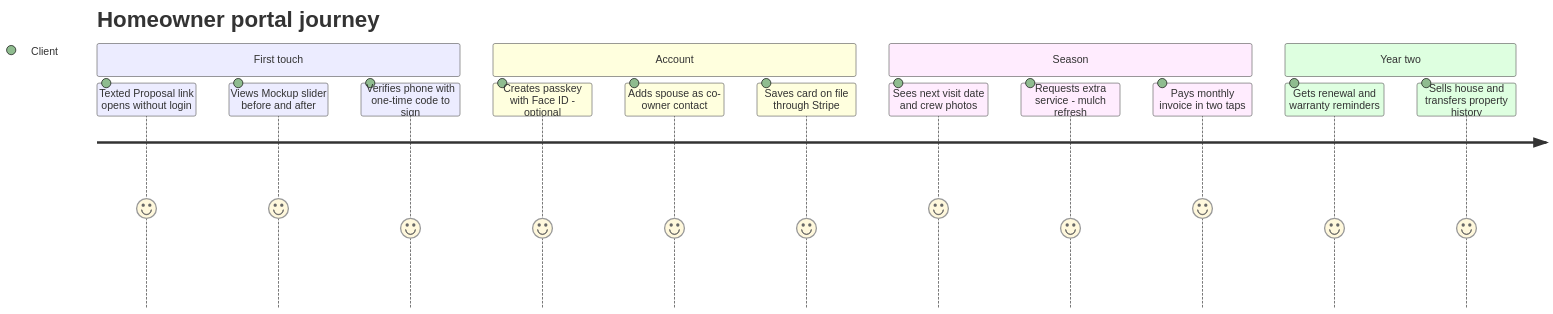
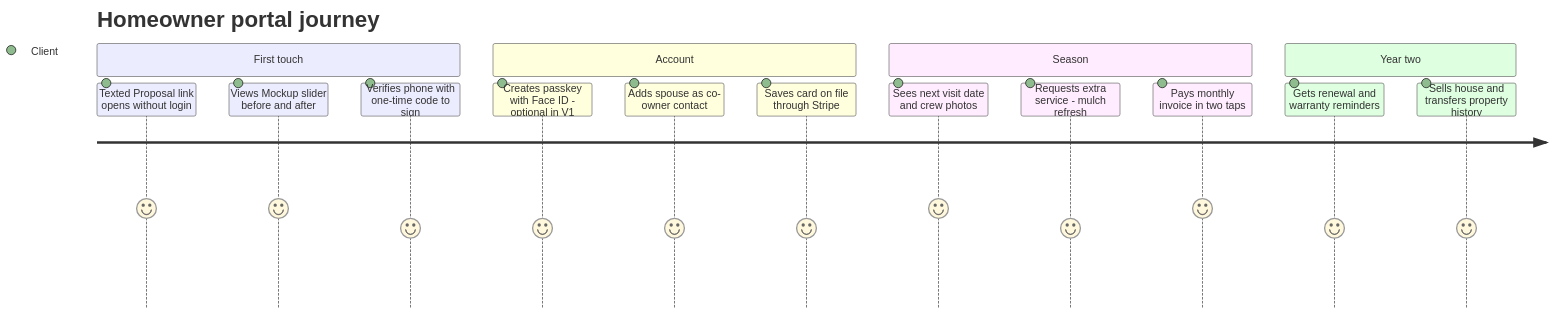
One commit to jdinard/landscape changed the seventh of 21 diagrams in docs/02-personas-roles-permissions.md. Above: the diagram before and after it, drawn with Mermaid. The commit also changed other lines of this file and 14 other files, not shown here.

````diff
--- a/docs/02-personas-roles-permissions.md
+++ b/docs/02-personas-roles-permissions.md
@@ -609,19 +609,19 @@
 ```mermaid
 journey
     title Homeowner portal journey
     section First touch
       Texted Proposal link opens without login: 5: Client
       Views Mockup slider before and after: 5: Client
       Verifies phone with one-time code to sign: 4: Client
     section Account
-      Creates passkey with Face ID - optional: 4: Client
+      Creates passkey with Face ID - optional in V1: 4: Client
       Adds spouse as co-owner contact: 4: Client
       Saves card on file through Stripe: 4: Client
     section Season
       Sees next visit date and crew photos: 5: Client
       Requests extra service - mulch refresh: 4: Client
       Pays monthly invoice in two taps: 5: Client
     section Year two
       Gets renewal and warranty reminders: 4: Client
       Sells house and transfers property history: 4: Client
 ```
````
